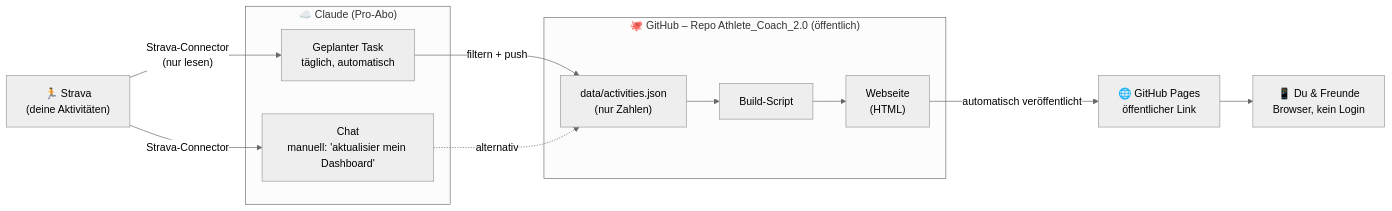
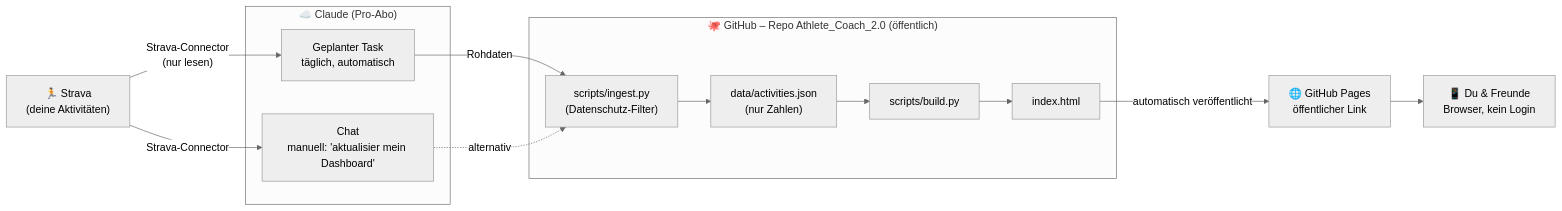
One commit to Cpt-Backfisch/Athlete_Coach_2.0 changed the diagram in docs/ARCHITEKTUR.md. Above: the diagram before and after it, drawn with Mermaid (neutral theme). The commit also changed other lines of this file and 5 other files, not shown here.

````diff
--- a/docs/ARCHITEKTUR.md
+++ b/docs/ARCHITEKTUR.md
@@ -14,23 +14,25 @@
 ```mermaid
 flowchart LR
     S["🏃 Strava<br/>(deine Aktivitäten)"]
     subgraph C["☁️ Claude (Pro-Abo)"]
         T["Geplanter Task<br/>täglich, automatisch"]
         CH["Chat<br/>manuell: 'aktualisier mein Dashboard'"]
     end
     subgraph G["🐙 GitHub – Repo Athlete_Coach_2.0 (öffentlich)"]
+        I["scripts/ingest.py<br/>(Datenschutz-Filter)"]
         D["data/activities.json<br/>(nur Zahlen)"]
-        B["Build-Script"]
-        W["Webseite<br/>(HTML)"]
+        B["scripts/build.py"]
+        W["index.html"]
     end
     P["🌐 GitHub Pages<br/>öffentlicher Link"]
     U["📱 Du & Freunde<br/>Browser, kein Login"]
 
     S -- "Strava-Connector<br/>(nur lesen)" --> T
     S -- "Strava-Connector" --> CH
-    T -- "filtern + push" --> D
-    CH -. "alternativ" .-> D
+    T -- "Rohdaten" --> I
+    CH -. "alternativ" .-> I
+    I --> D
     D --> B --> W
     W -- "automatisch veröffentlicht" --> P
     P --> U
 ```
````
